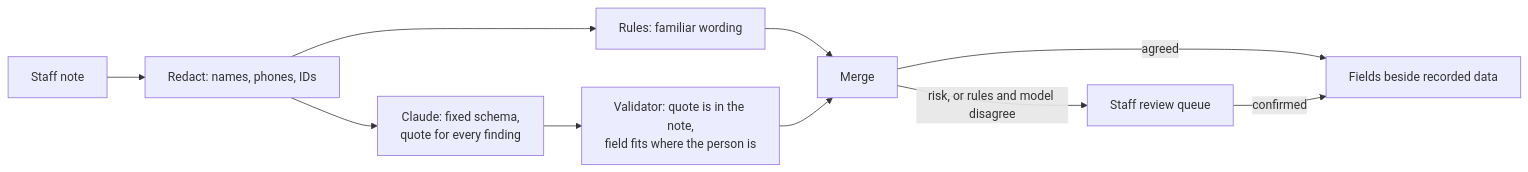
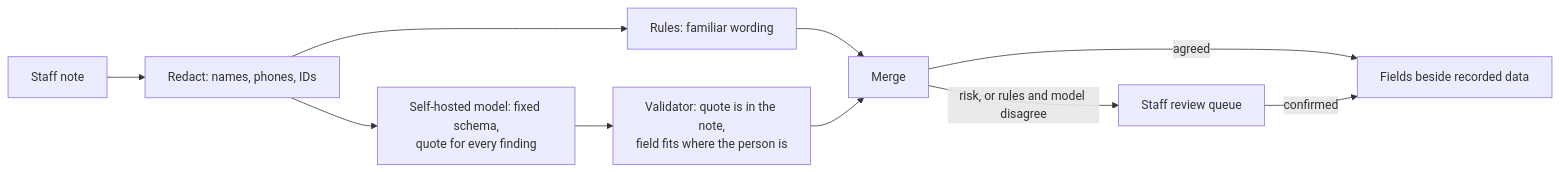
The first of 2 diagrams in docs/architecture.md (kasseygc/habourview), drawn with Mermaid before and after one commit. The commit also changed other lines of this file and 28 other files, not shown here.

````diff
--- a/docs/architecture.md
+++ b/docs/architecture.md
@@ -9,12 +9,12 @@
 ```mermaid
 flowchart LR
     N[Staff note] --> R[Redact: names, phones, IDs]
     R --> RU[Rules: familiar wording]
-    R --> M[Claude: fixed schema,<br/>quote for every finding]
+    R --> M[Self-hosted model: fixed schema,<br/>quote for every finding]
     M --> V[Validator: quote is in the note,<br/>field fits where the person is]
     RU --> MG[Merge]
     V --> MG
     MG -->|risk, or rules and model disagree| Q[Staff review queue]
     MG -->|agreed| F[Fields beside recorded data]
     Q -->|confirmed| F
 ```
````
